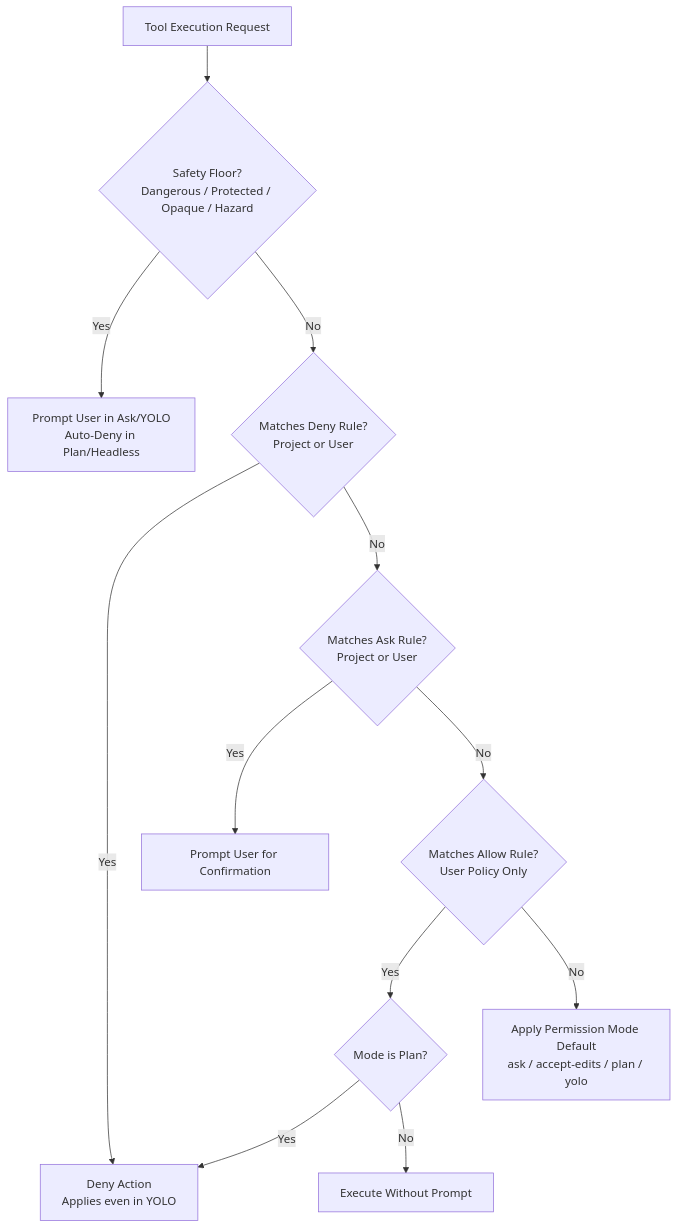
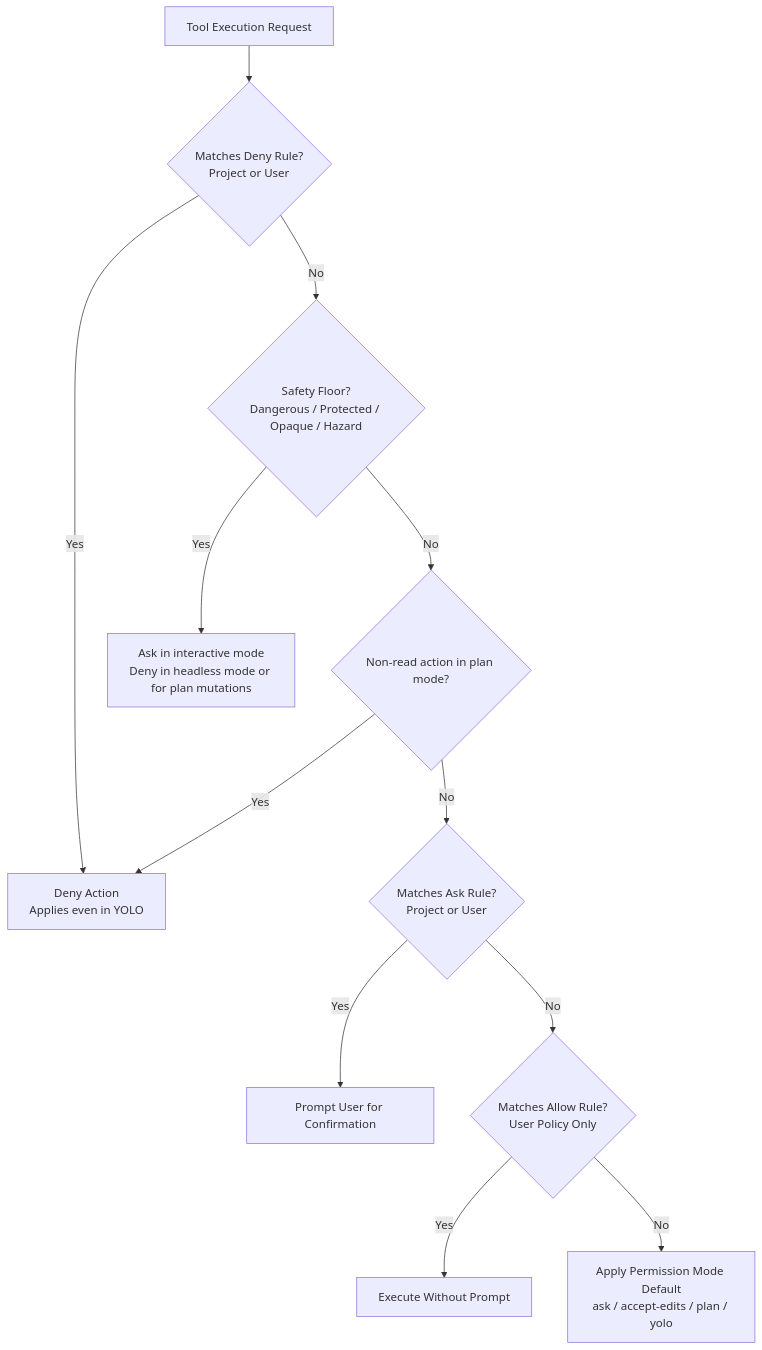
Before and after one commit to ayushpatil0810/forge: the diagram in docs/policy.md, drawn with Mermaid. The commit also changed other lines of this file and 5 other files, not shown here.

Commit message:
fix(policy): enforce read-only plan mode

````diff
--- a/docs/policy.md
+++ b/docs/policy.md
@@ -54,14 +54,14 @@
 ```mermaid
 flowchart TD
-    Req[Tool Execution Request] --> FloorCheck{Safety Floor?<br/>Dangerous / Protected / Opaque / Hazard}
-    FloorCheck -- Yes --> FloorPrompt[Prompt User in Ask/YOLO<br/>Auto-Deny in Plan/Headless]
-    FloorCheck -- No --> DenyCheck{Matches Deny Rule?<br/>Project or User}
+    Req[Tool Execution Request] --> DenyCheck{Matches Deny Rule?<br/>Project or User}
     DenyCheck -- Yes --> DenyAction[Deny Action<br/>Applies even in YOLO]
-    DenyCheck -- No --> AskCheck{Matches Ask Rule?<br/>Project or User}
+    DenyCheck -- No --> FloorCheck{Safety Floor?<br/>Dangerous / Protected / Opaque / Hazard}
+    FloorCheck -- Yes --> FloorPrompt[Ask in interactive mode<br/>Deny in headless mode or for plan mutations]
+    FloorCheck -- No --> PlanCheck{Non-read action in plan mode?}
+    PlanCheck -- Yes --> DenyAction
+    PlanCheck -- No --> AskCheck{Matches Ask Rule?<br/>Project or User}
     AskCheck -- Yes --> AskAction[Prompt User for Confirmation]
     AskCheck -- No --> AllowCheck{Matches Allow Rule?<br/>User Policy Only}
-    AllowCheck -- Yes --> AllowModeCheck{Mode is Plan?}
-    AllowModeCheck -- Yes --> DenyAction
-    AllowModeCheck -- No --> AllowAction[Execute Without Prompt]
+    AllowCheck -- Yes --> AllowAction[Execute Without Prompt]
     AllowCheck -- No --> ModeDefault[Apply Permission Mode Default<br/>ask / accept-edits / plan / yolo]
 ```
````
